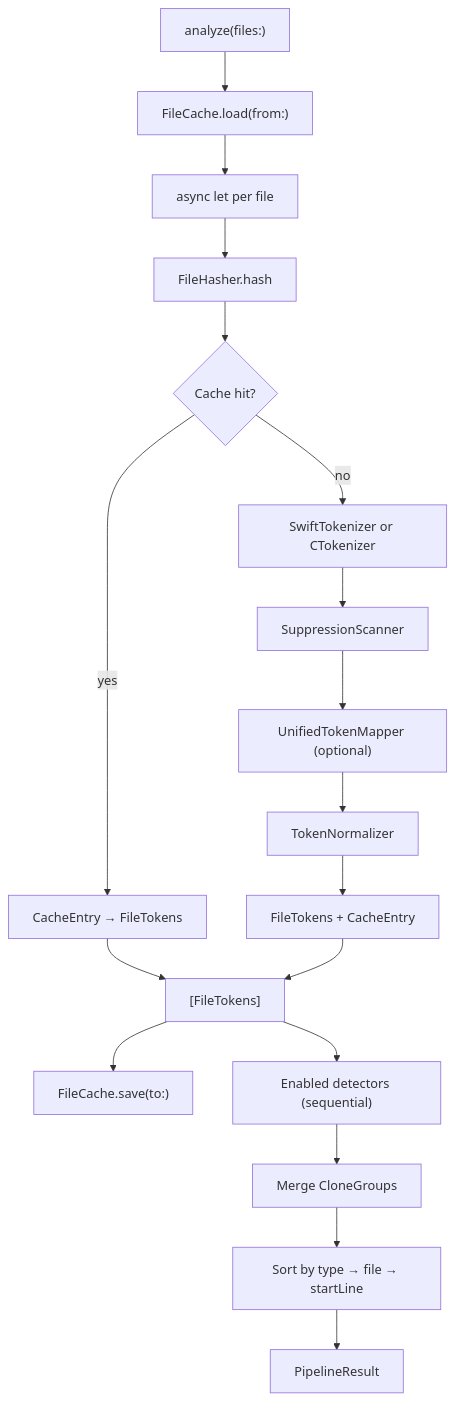
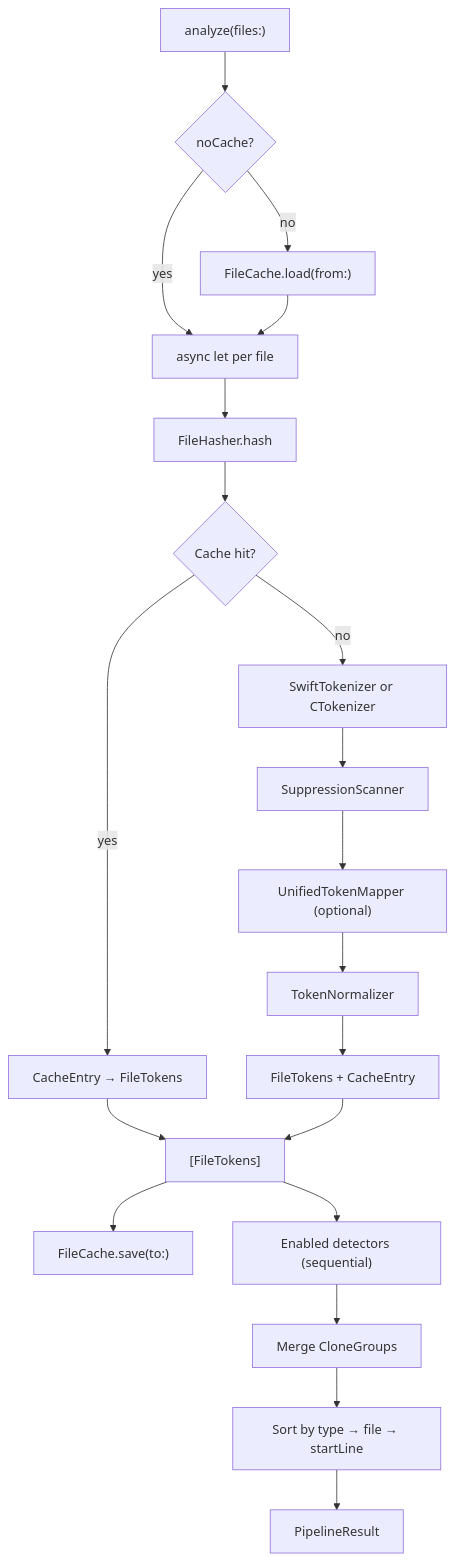
One commit to ericodx/swift-cpd changed the diagram in Docs/CodeBase/04-pipeline.md. Above: the diagram before and after it, drawn with Mermaid. The commit also changed other lines of this file and 3 other files, not shown here.

````diff
--- a/Docs/CodeBase/04-pipeline.md
+++ b/Docs/CodeBase/04-pipeline.md
@@ -39,20 +40,22 @@
 ```mermaid
 flowchart TD
-    A["analyze(files:)"] --> B["FileCache.load(from:)"]
+    A["analyze(files:)"] --> NCC{noCache?}
+    NCC -- no --> B["FileCache.load(from:)"]
+    NCC -- yes --> C
     B --> C["async let per file"]
     C --> D["FileHasher.hash"]
     D --> E{Cache hit?}
     E -- yes --> F["CacheEntry → FileTokens"]
     E -- no --> G["SwiftTokenizer or CTokenizer"]
     G --> H["SuppressionScanner"]
     H --> I["UnifiedTokenMapper (optional)"]
     I --> J["TokenNormalizer"]
     J --> K["FileTokens + CacheEntry"]
     F --> L["[FileTokens]"]
     K --> L
     L --> M["FileCache.save(to:)"]
     L --> N["Enabled detectors (sequential)"]
     N --> O["Merge CloneGroups"]
     O --> P["Sort by type → file → startLine"]
     P --> Q["PipelineResult"]
 ```
````
